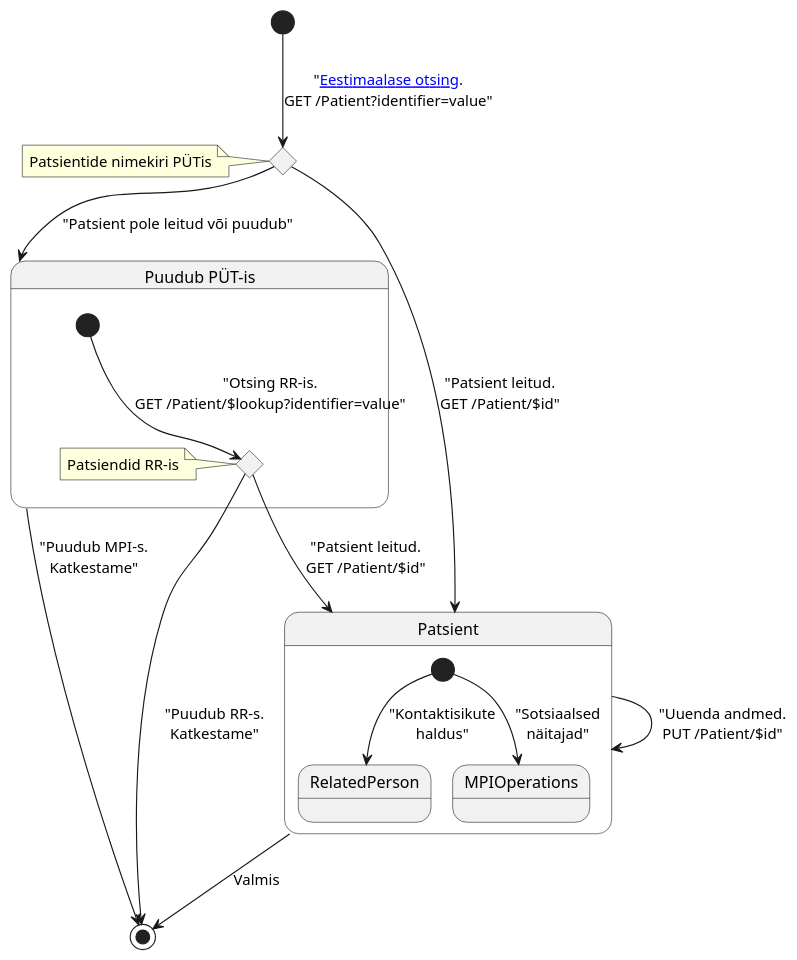
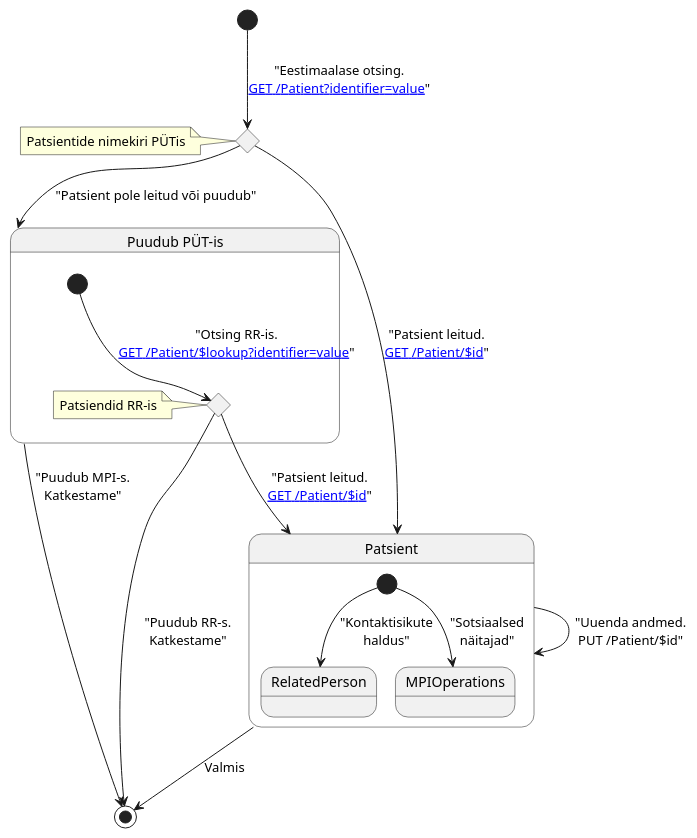
The third of 4 diagrams in ig/input/pagecontent/patient.md (TEHIK-EE/ig-ee-mpi), drawn with PlantUML before and after one commit. The commit also changed other lines of this file, not shown here.

Commit message:
Lisatud välismaalase diagramm (PlantUML)

````diff
--- a/ig/input/pagecontent/patient.md
+++ b/ig/input/pagecontent/patient.md
@@ -60,27 +60,25 @@
 ```plantuml
-scale 800 width
-
 state "Patsientide nimekiri PÜTis" as MPIlist <<choice>>
 note left of MPIlist: Patsientide nimekiri PÜTis
 state "Puudub PÜT-is" as missingMPI
-[*] -down-> MPIlist: "[[http://plantuml.com Eestimaalase otsing]].\nGET /Patient?identifier=value"
+[*] -down-> MPIlist: "Eestimaalase otsing.\n[[dev.html#andmete-pärimine GET /Patient?identifier=value]]"
 
-MPIlist --> Patsient : "Patsient leitud.\nGET /Patient/$id"
+MPIlist --> Patsient : "Patsient leitud.\n[[dev.html#ressurss GET /Patient/$id]]"
 MPIlist --> missingMPI : "Patsient pole leitud või puudub"
 state missingMPI {
   state "Patsiendid RR-is" as RRlist <<choice>>
   note left of RRlist: Patsiendid RR-is
-  [*] --> RRlist: "Otsing RR-is.\nGET /Patient/$lookup?identifier=value"
-  RRlist --> Patsient: "Patsient leitud.\nGET /Patient/$id"
+  [*] --> RRlist: "Otsing RR-is.\n[[operations.html#eesti-isikukoodiga-patsiendi-otsing GET /Patient/$lookup?identifier=value]]"
+  RRlist --> Patsient: "Patsient leitud.\n[[dev.html#ressurss GET /Patient/$id]]"
 }
 
 state Patsient {
   Patsient --> Patsient: "Uuenda andmed.\nPUT /Patient/$id"
   [*] --> RelatedPerson: "Kontaktisikute\nhaldus"
   [*] --> MPIOperations: "Sotsiaalsed\nnäitajad"
 }
 
 Patsient --> [*] : Valmis
 missingMPI --> [*] : "Puudub MPI-s.\nKatkestame"
 RRlist --> [*]: "Puudub RR-s.\nKatkestame"
 ```
````
